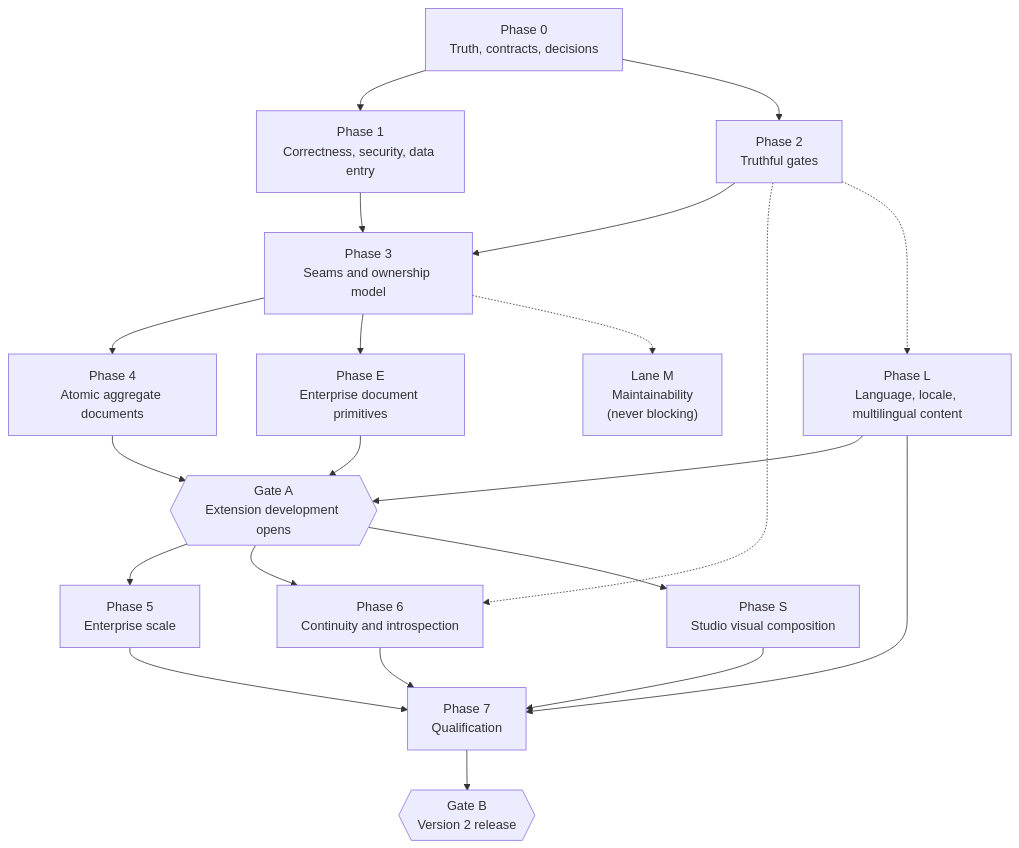
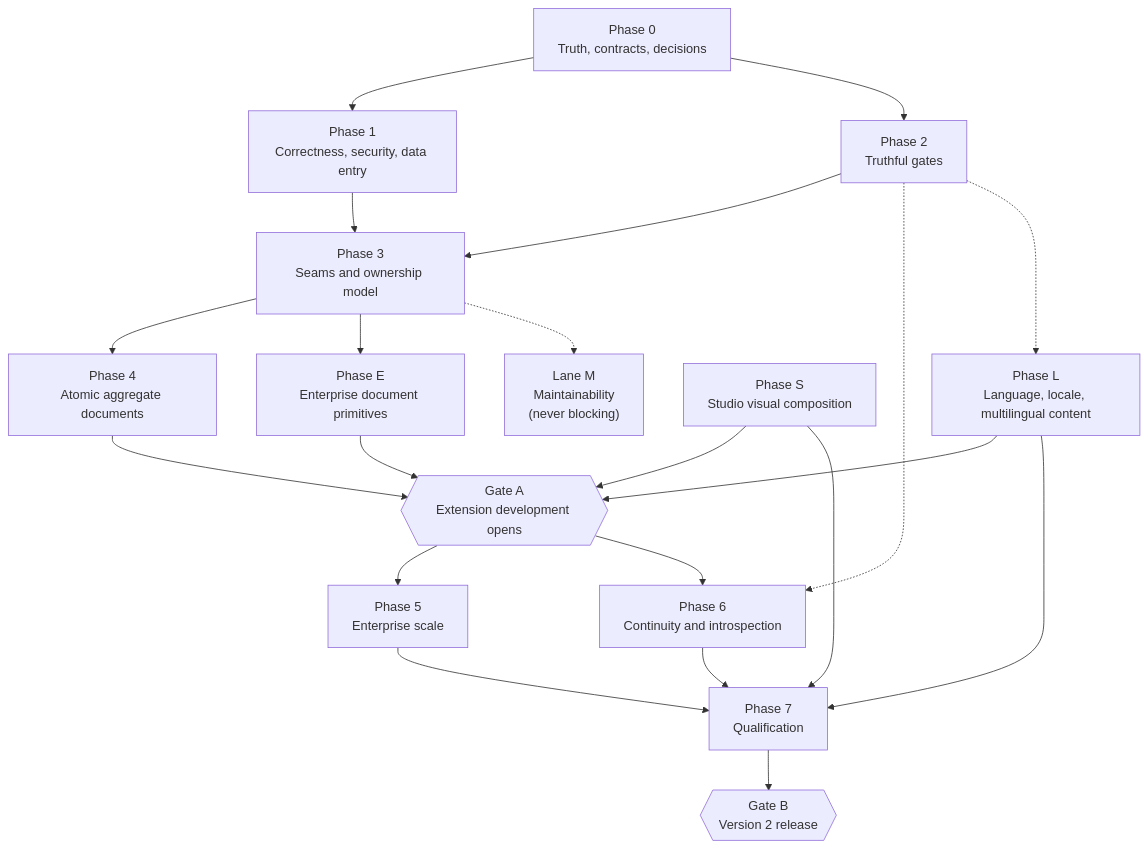
The diagram in docs/roadmap/README.md (kumwe/app), drawn with Mermaid before and after one commit. The commit also changed other lines of this file and 4 other files, not shown here.

````diff
--- a/docs/roadmap/README.md
+++ b/docs/roadmap/README.md
@@ -1102,37 +1119,37 @@
 ```mermaid
 flowchart TD
     P0["Phase 0<br/>Truth, contracts, decisions"]
     P1["Phase 1<br/>Correctness, security, data entry"]
     P2["Phase 2<br/>Truthful gates"]
     P3["Phase 3<br/>Seams and ownership model"]
     P4["Phase 4<br/>Atomic aggregate documents"]
     PE["Phase E<br/>Enterprise document primitives"]
     PL["Phase L<br/>Language, locale, multilingual content"]
     GA{{"Gate A<br/>Extension development opens"}}
     P5["Phase 5<br/>Enterprise scale"]
     P6["Phase 6<br/>Continuity and introspection"]
     P7["Phase 7<br/>Qualification"]
     PS["Phase S<br/>Studio visual composition"]
     GB{{"Gate B<br/>Version 2 release"}}
     LM["Lane M<br/>Maintainability<br/>(never blocking)"]
     P0 --> P1
     P0 --> P2
     P1 --> P3
     P2 --> P3
     P3 --> P4
     P3 --> PE
     P4 --> GA
     PE --> GA
     PL --> GA
+    PS --> GA
     GA --> P5
     GA --> P6
-    GA --> PS
     P5 --> P7
     P6 --> P7
     P7 --> GB
     PS --> P7
     PL --> P7
     P2 -.-> P6
     P2 -.-> PL
     P3 -.-> LM
 ```
````
